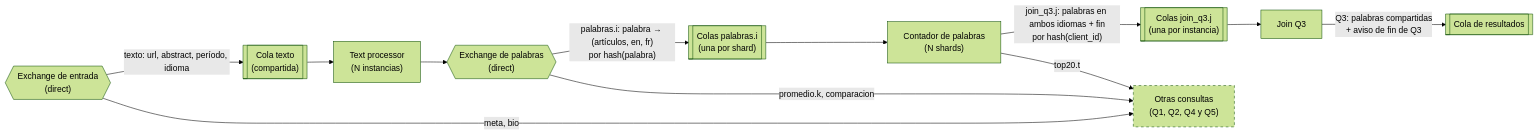
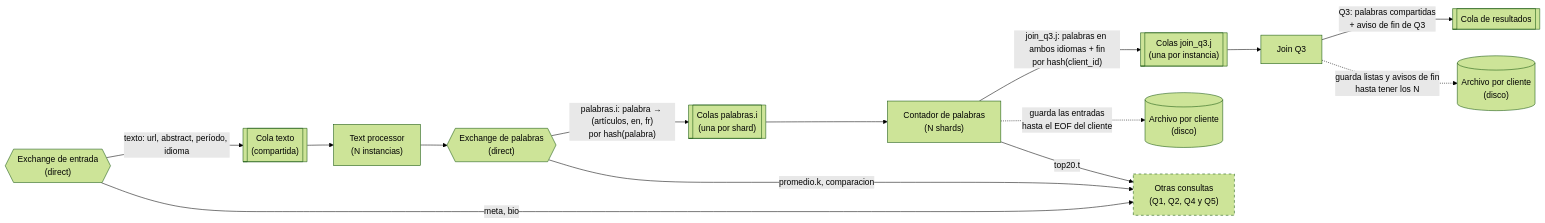
Before and after one commit to Cristobal710/tp-final-distribuidos: diagram 12 of 14 in diagramas/README.md, drawn with Mermaid (forest theme). The commit also changed other lines of this file, not shown here.

````diff
--- a/diagramas/README.md
+++ b/diagramas/README.md
@@ -464,19 +471,21 @@
 ```mermaid
 flowchart LR
     EXE{{"Exchange de entrada<br/>(direct)"}}
     EXE -- "texto: url, abstract, período, idioma" --> QTX[["Cola texto<br/>(compartida)"]]
     QTX --> TP["Text processor<br/>(N instancias)"]
     TP --> EXP{{"Exchange de palabras<br/>(direct)"}}
     EXP -- "palabras.i: palabra → (artículos, en, fr)<br/>por hash(palabra)" --> QW[["Colas palabras.i<br/>(una por shard)"]]
     QW --> WC["Contador de palabras<br/>(N shards)"]
     WC -- "join_q3.j: palabras en ambos idiomas + fin<br/>por hash(client_id)" --> QJ3[["Colas join_q3.j<br/>(una por instancia)"]]
     QJ3 --> J3["Join Q3"]
     J3 -- "Q3: palabras compartidas<br/>+ aviso de fin de Q3" --> QR[["Cola de resultados"]]
+    WC -. "guarda las entradas<br/>hasta el EOF del cliente" .-> DWC[("Archivo por cliente<br/>(disco)")]
+    J3 -. "guarda listas y avisos de fin<br/>hasta tener los N" .-> DJ3[("Archivo por cliente<br/>(disco)")]
 
     EXE -- "meta, bio" --> OTRAS["Otras consultas<br/>(Q1, Q2, Q4 y Q5)"]
     EXP -- "promedio.k, comparacion" --> OTRAS
     WC -- "top20.t" --> OTRAS
 
     classDef resto stroke-dasharray: 5 5
     class OTRAS resto
 ```
````
